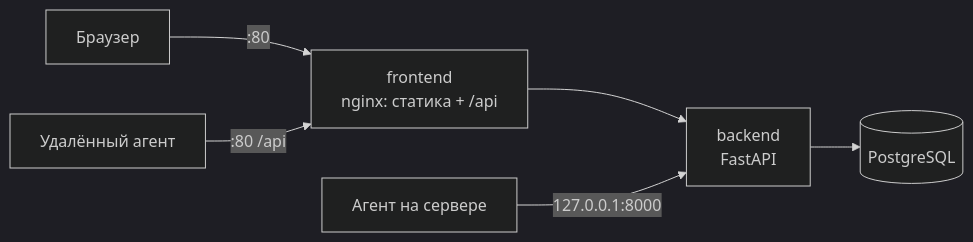
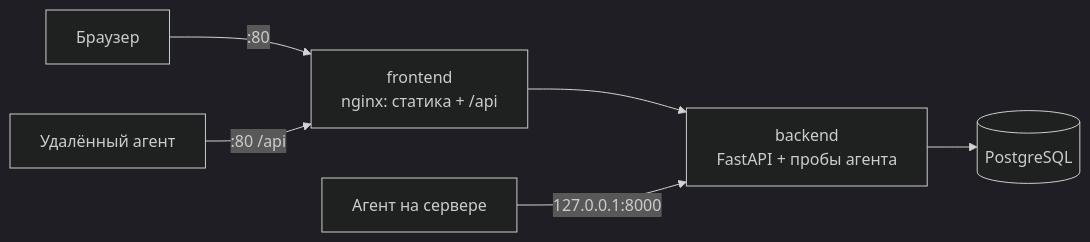
Before and after one commit to obryadov111/hardening: the diagram in README.md, drawn with Mermaid (dark theme). The commit also changed other lines of this file and 1 other file, not shown here.

````diff
--- a/README.md
+++ b/README.md
@@ -55,8 +73,8 @@
 ```mermaid
 flowchart LR
     B[Браузер] -->|":80"| N["frontend<br/>nginx: статика + /api"]
     RA[Удалённый агент] -->|":80 /api"| N
-    N --> BE["backend<br/>FastAPI"]
+    N --> BE["backend<br/>FastAPI + пробы агента"]
     LA[Агент на сервере] -->|"127.0.0.1:8000"| BE
     BE --> DB[("PostgreSQL")]
 ```
````
